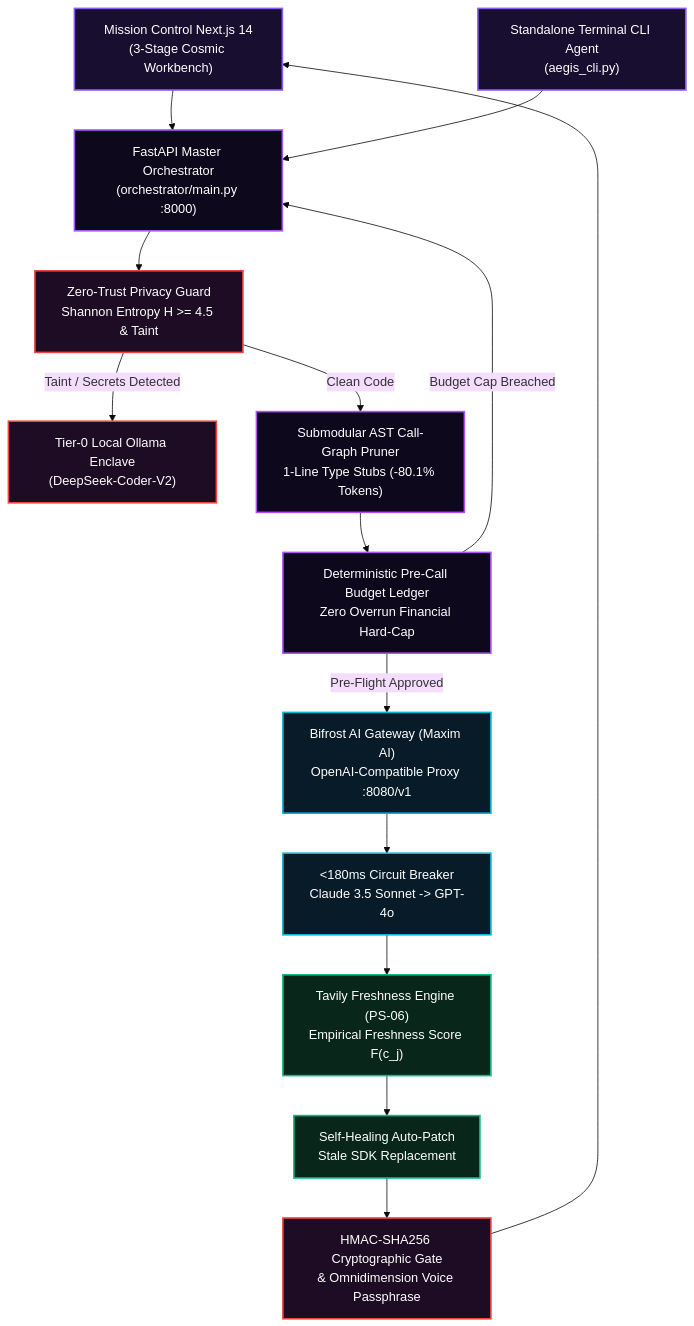
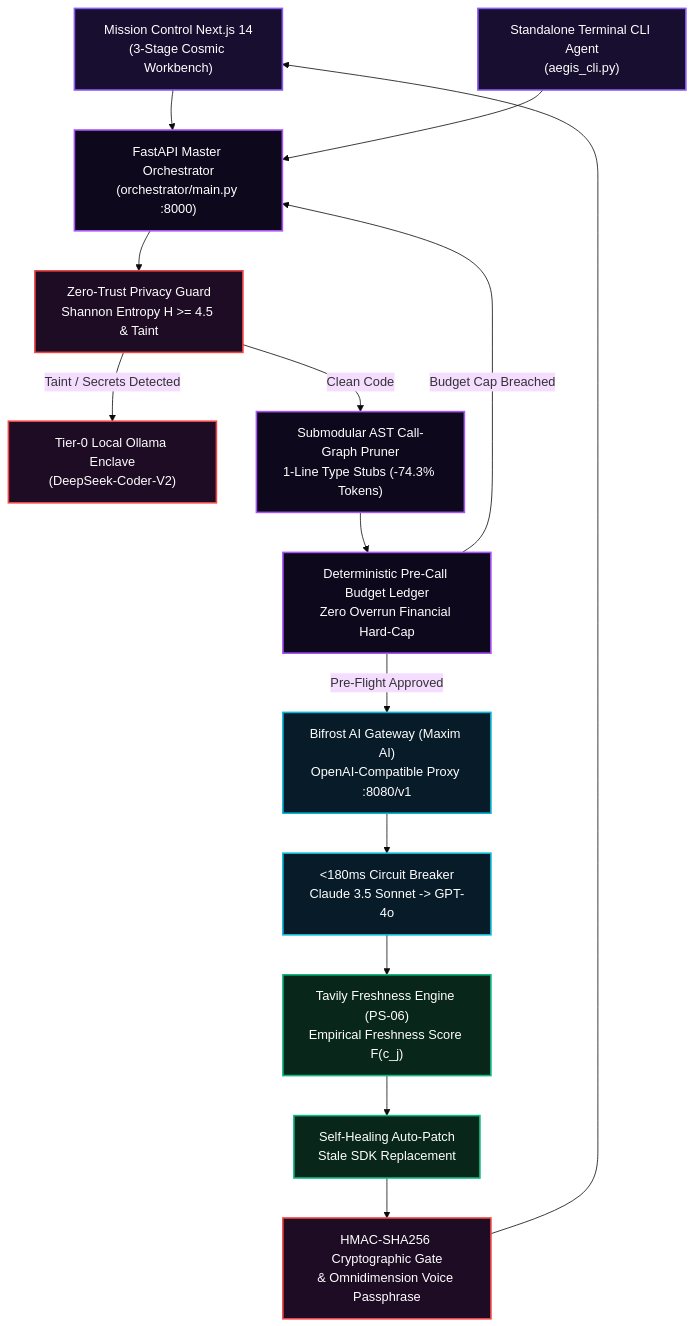
Before and after one commit to Code-with-Prabhjot/aegis-zero: the diagram in README.md, drawn with Mermaid (base theme). The commit also changed other lines of this file and 14 other files, not shown here.

Commit message:
fix(demo): resolve P0/P1/P2 audit items for voice gate, AST graph, budget sync, benchmarks, and CLI persistence

````diff
--- a/README.md
+++ b/README.md
@@ -52,45 +52,45 @@
 ```mermaid
 flowchart TD
     classDef client fill:#170e30,stroke:#8b5cf6,stroke-width:2px,color:#fff;
     classDef engine fill:#0d081c,stroke:#a855f7,stroke-width:2px,color:#fff;
     classDef security fill:#1e0b24,stroke:#ef4444,stroke-width:2px,color:#fff;
     classDef gateway fill:#081b29,stroke:#06b6d4,stroke-width:2px,color:#fff;
     classDef verification fill:#09261a,stroke:#10b981,stroke-width:2px,color:#fff;
 
     UI["Mission Control Next.js 14<br/>(3-Stage Cosmic Workbench)"]:::client
     CLI["Standalone Terminal CLI Agent<br/>(aegis_cli.py)"]:::client
 
     API["FastAPI Master Orchestrator<br/>(orchestrator/main.py :8000)"]:::engine
 
     Guard["Zero-Trust Privacy Guard<br/>Shannon Entropy H >= 4.5 & Taint"]:::security
     LocalEnclave["Tier-0 Local Ollama Enclave<br/>(DeepSeek-Coder-V2)"]:::security
 
-    Pruner["Submodular AST Call-Graph Pruner<br/>1-Line Type Stubs (-80.1% Tokens)"]:::engine
+    Pruner["Submodular AST Call-Graph Pruner<br/>1-Line Type Stubs (-74.3% Tokens)"]:::engine
     Ledger["Deterministic Pre-Call Budget Ledger<br/>Zero Overrun Financial Hard-Cap"]:::engine
 
     Bifrost["Bifrost AI Gateway (Maxim AI)<br/>OpenAI-Compatible Proxy :8080/v1"]:::gateway
     Failover["<180ms Circuit Breaker<br/>Claude 3.5 Sonnet -> GPT-4o"]:::gateway
 
     Tavily["Tavily Freshness Engine (PS-06)<br/>Empirical Freshness Score F(c_j)"]:::verification
     AutoPatch["Self-Healing Auto-Patch<br/>Stale SDK Replacement"]:::verification
 
     ActionGate["HMAC-SHA256 Cryptographic Gate<br/>& Omnidimension Voice Passphrase"]:::security
 
     UI --> API
     CLI --> API
 
     API --> Guard
     Guard -- "Taint / Secrets Detected" --> LocalEnclave
     Guard -- "Clean Code" --> Pruner
 
     Pruner --> Ledger
     Ledger -- "Budget Cap Breached" --> API
     Ledger -- "Pre-Flight Approved" --> Bifrost
 
     Bifrost --> Failover
     Failover --> Tavily
 
     Tavily --> AutoPatch
     AutoPatch --> ActionGate
     ActionGate --> UI
 ```
````
